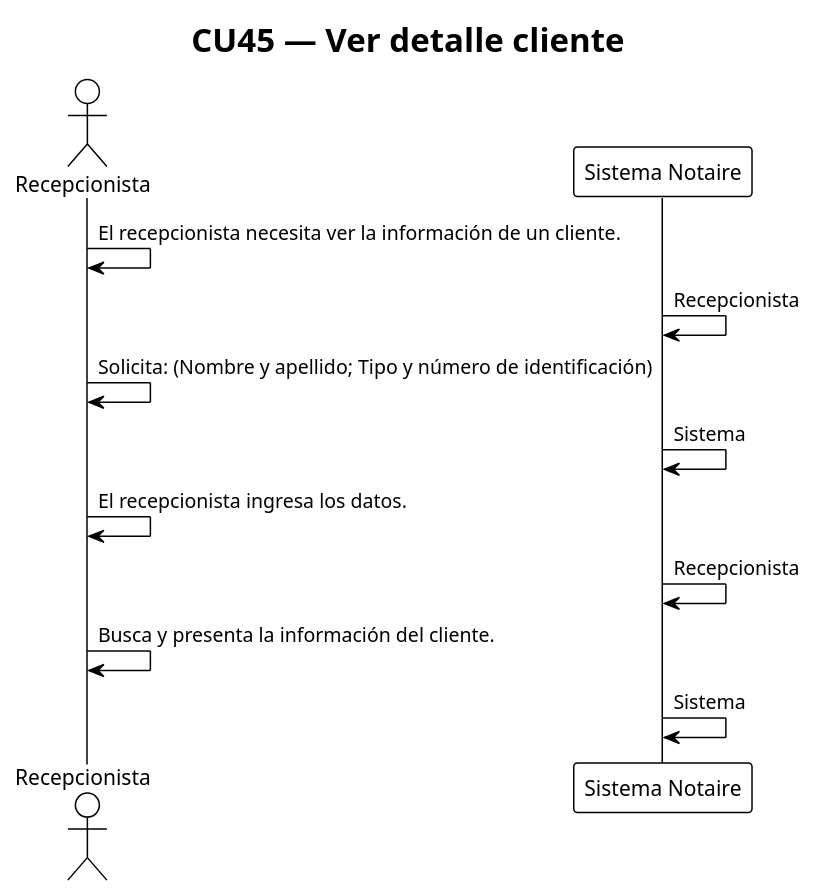
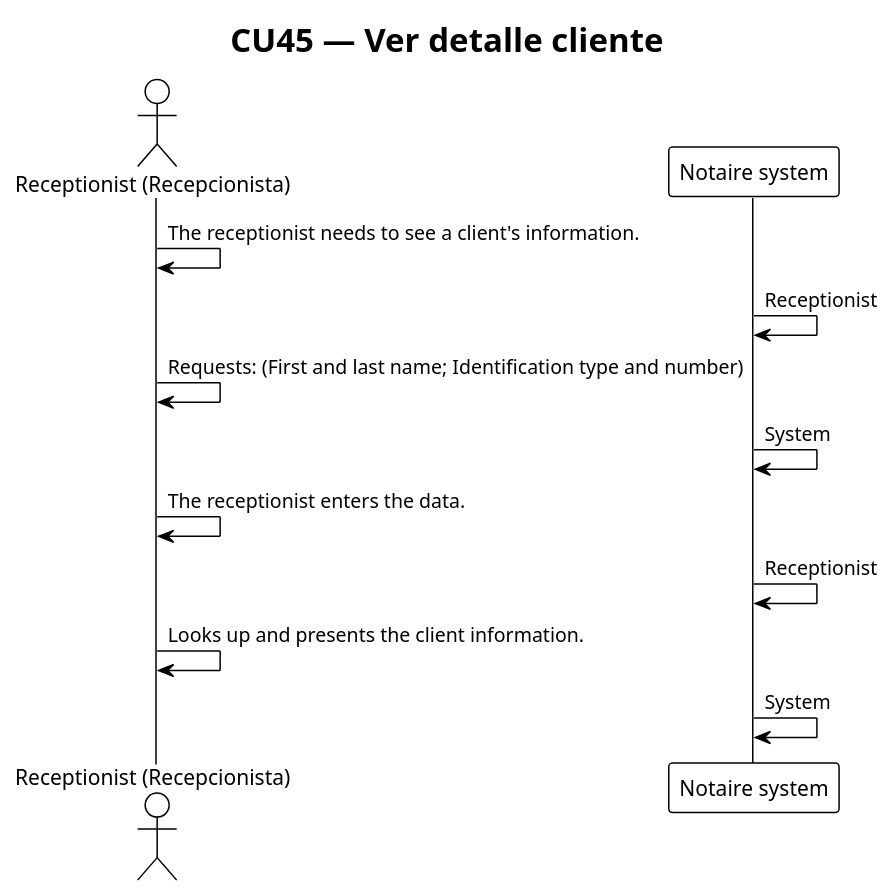
The diagram in docs/200-architecture/204-diagrams/Secuencias/seq45-ver-detalle-cliente.puml (matiaspakua/notaire), drawn with PlantUML before and after one commit. The commit also changed 165 other files, not shown here.

First line of the commit message:
[#1490] docs(architecture): write CU sequence steps in English (#1505)

```diff
--- a/docs/200-architecture/204-diagrams/Secuencias/seq45-ver-detalle-cliente.puml
+++ b/docs/200-architecture/204-diagrams/Secuencias/seq45-ver-detalle-cliente.puml
@@ -1,17 +1,17 @@
 @startuml cu45
 !theme plain
 title CU45 — Ver detalle cliente
 
-actor "Recepcionista" as Actor
-participant "Sistema Notaire" as Sistema
+actor "Receptionist (Recepcionista)" as Actor
+participant "Notaire system" as System
 
-Actor -> Actor : El recepcionista necesita ver la información de un cliente.
-Sistema -> Sistema : Recepcionista
-Actor -> Actor : Solicita: (Nombre y apellido; Tipo y número de identificación)
-Sistema -> Sistema : Sistema
-Actor -> Actor : El recepcionista ingresa los datos.
-Sistema -> Sistema : Recepcionista
-Actor -> Actor : Busca y presenta la información del cliente.
-Sistema -> Sistema : Sistema
+Actor -> Actor : The receptionist needs to see a client's information.
+System -> System : Receptionist
+Actor -> Actor : Requests: (First and last name; Identification type and number)
+System -> System : System
+Actor -> Actor : The receptionist enters the data.
+System -> System : Receptionist
+Actor -> Actor : Looks up and presents the client information.
+System -> System : System
 
 @enduml
```
